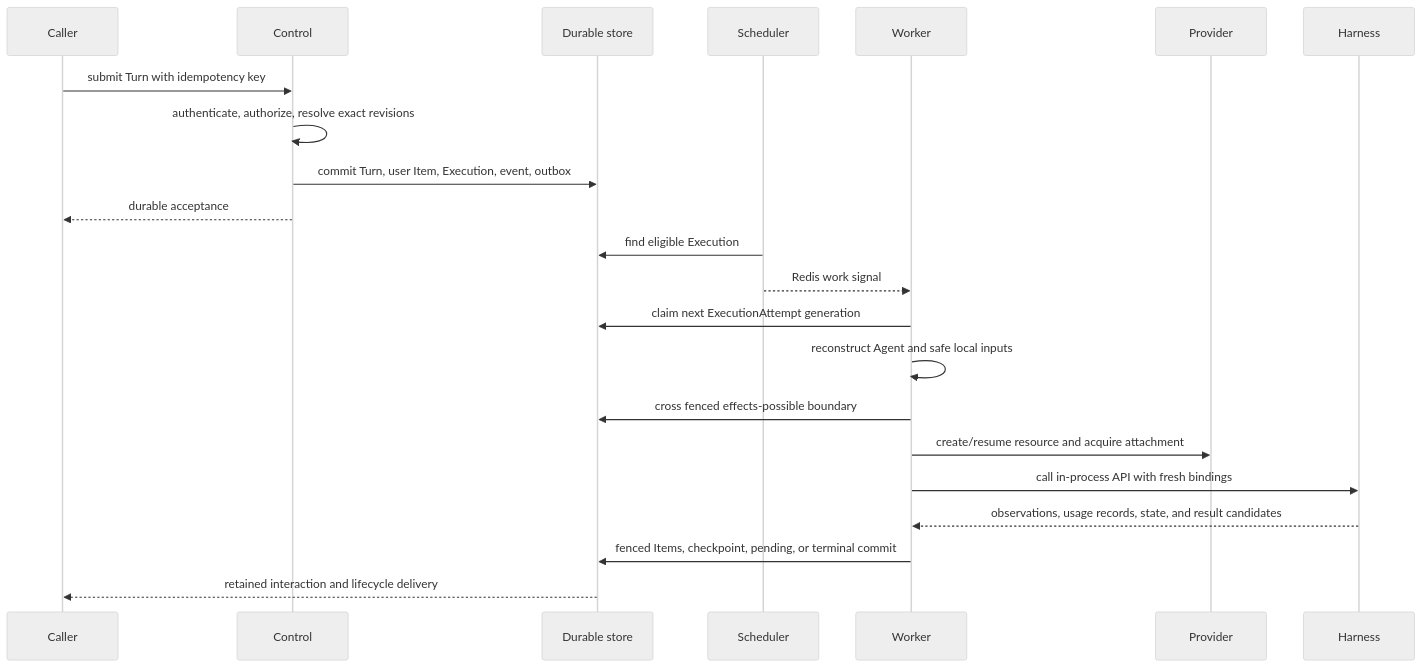
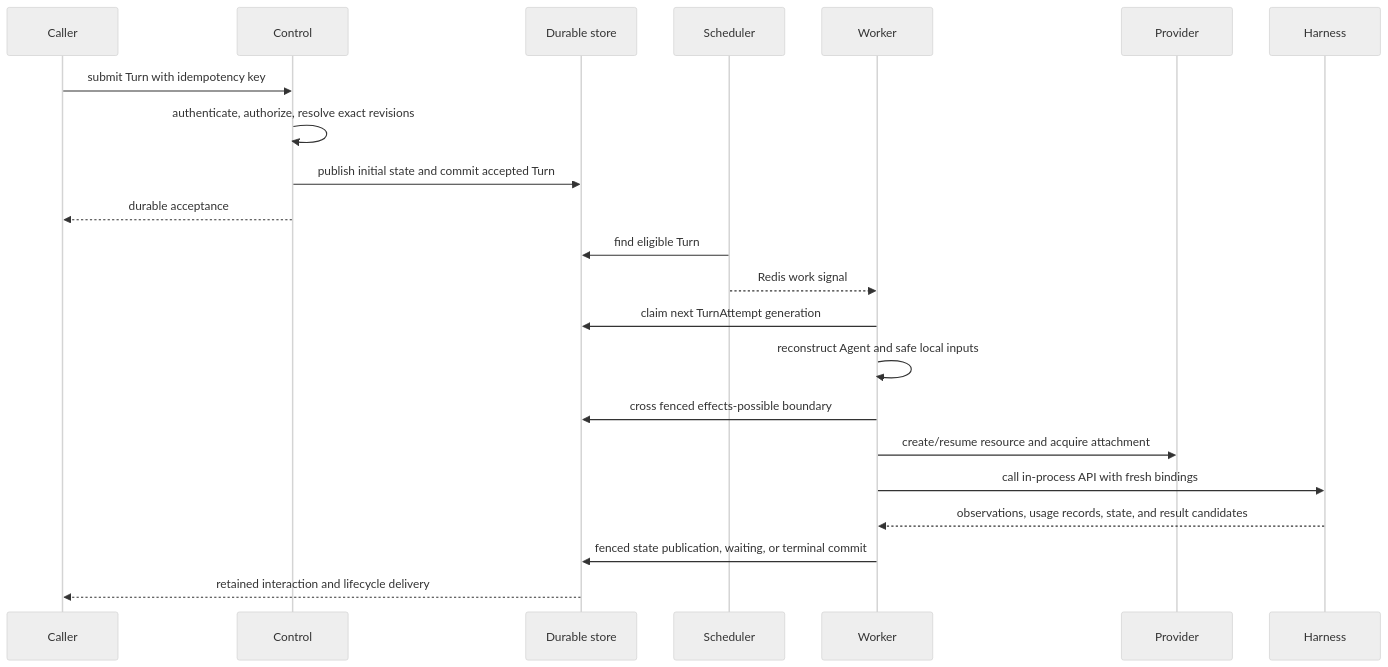
One commit to LTThreeComma/agent-foundation changed the second of 3 diagrams in spec/foundation-service/00-overview.md. Above: the diagram before and after it, drawn with Mermaid (neutral theme). The commit also changed other lines of this file and 31 other files, not shown here.

````diff
--- a/spec/foundation-service/00-overview.md
+++ b/spec/foundation-service/00-overview.md
@@ -96,25 +96,25 @@
 ```mermaid
 sequenceDiagram
     participant Caller
     participant Control
     participant DB as Durable store
     participant Scheduler
     participant Worker
     participant Provider
     participant Harness
 
     Caller->>Control: submit Turn with idempotency key
     Control->>Control: authenticate, authorize, resolve exact revisions
-    Control->>DB: commit Turn, user Item, Execution, event, outbox
+    Control->>DB: publish initial state and commit accepted Turn
     Control-->>Caller: durable acceptance
-    Scheduler->>DB: find eligible Execution
+    Scheduler->>DB: find eligible Turn
     Scheduler-->>Worker: Redis work signal
-    Worker->>DB: claim next ExecutionAttempt generation
+    Worker->>DB: claim next TurnAttempt generation
     Worker->>Worker: reconstruct Agent and safe local inputs
     Worker->>DB: cross fenced effects-possible boundary
     Worker->>Provider: create/resume resource and acquire attachment
     Worker->>Harness: call in-process API with fresh bindings
     Harness-->>Worker: observations, usage records, state, and result candidates
-    Worker->>DB: fenced Items, checkpoint, pending, or terminal commit
+    Worker->>DB: fenced state publication, waiting, or terminal commit
     DB-->>Caller: retained interaction and lifecycle delivery
 ```
````
